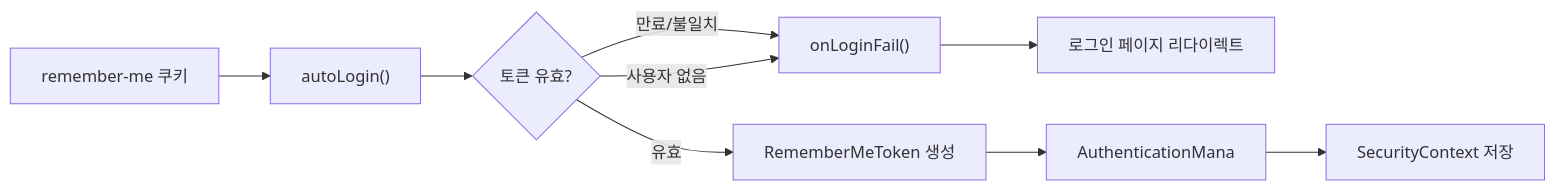
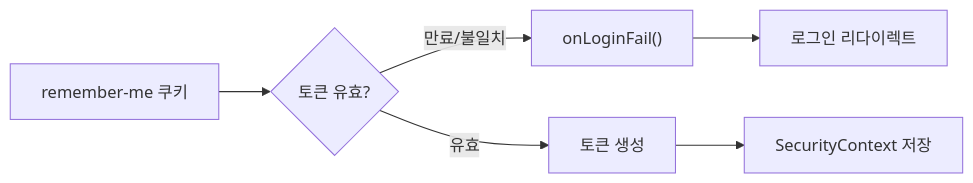
One commit to yjkim2015/yjkim2015.github.io changed the second of 2 diagrams in _posts/security/2021-01-24-RememberMeAuthentication.md. Above: the diagram before and after it, drawn with Mermaid. The commit also changed 163 other files, not shown here.

First line of the commit message:
Mermaid 300개 블록 내용 축소: 5노드 5엣지 이하, 의미 있는 약어

````diff
--- a/_posts/security/2021-01-24-RememberMeAuthentication.md
+++ b/_posts/security/2021-01-24-RememberMeAuthentication.md
@@ -78,11 +78,8 @@
 ```mermaid
-flowchart LR
-    A["remember-me 쿠키"] --> B["autoLogin()"]
-    B --> C{"토큰 유효?"}
-    C -- "만료/불일치" --> D["onLoginFail()"]
-    C -- "사용자 없음" --> D
-    C -- "유효" --> E["RememberMeToken 생성"]
-    D --> F["로그인 페이지 리다이렉트"]
-    E --> G["AuthenticationMana"]
-    G --> F2["SecurityContext 저장"]
+graph LR
+    A["remember-me 쿠키"] --> B{"토큰 유효?"}
+    B -->|만료/불일치| D["onLoginFail()"]
+    B -->|유효| E["토큰 생성"]
+    D --> F["로그인 리다이렉트"]
+    E --> G["SecurityContext 저장"]
 ```
````
